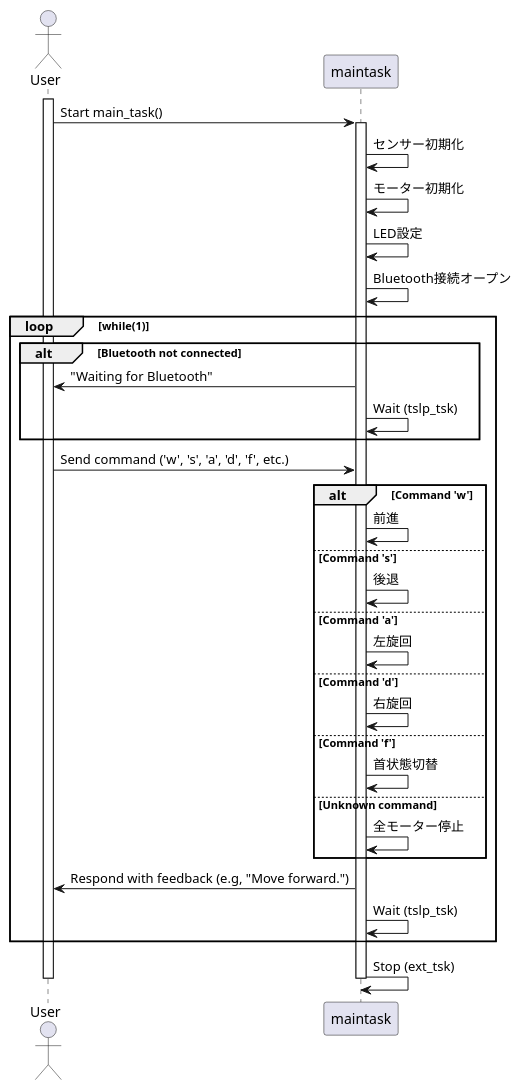
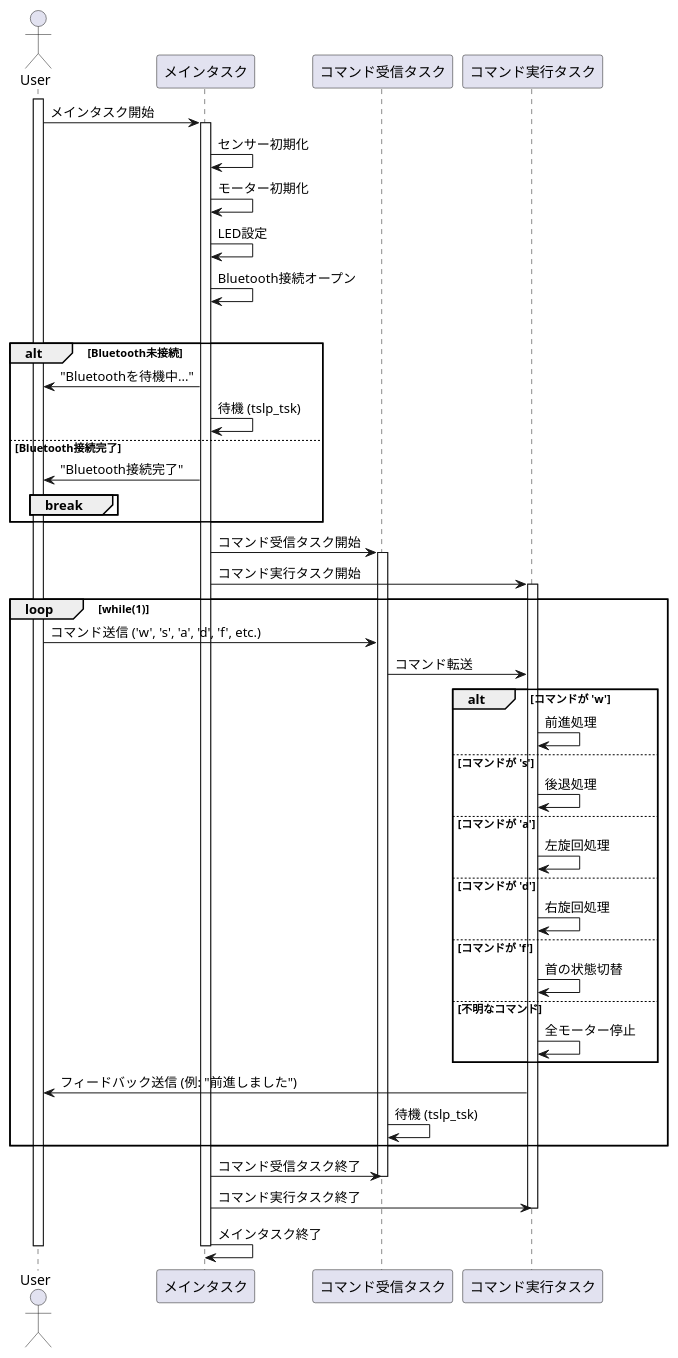
The diagram in newMisoan/sequence.pu (wiss10349/workspace), drawn with PlantUML before and after one commit. The commit also changed 50 other files, not shown here.

```diff
--- a/newMisoan/sequence.pu
+++ b/newMisoan/sequence.pu
@@ -1,45 +1,59 @@
 @startuml
 actor User as スティックマン
-participant maintask
+participant メインタスク as maintask
+participant コマンド受信タスク as commandReceiveTask
+participant コマンド実行タスク as commandExecuteTask
 
 activate スティックマン
-スティックマン -> maintask: Start main_task()
+スティックマン -> maintask: メインタスク開始
 
 activate maintask
 maintask -> maintask: センサー初期化
 maintask -> maintask: モーター初期化
 maintask -> maintask: LED設定
 maintask -> maintask: Bluetooth接続オープン
 
-
-
-loop while(1)
-    alt Bluetooth not connected
-    maintask -> スティックマン: "Waiting for Bluetooth"
-    maintask -> maintask: Wait (tslp_tsk)
+loop Bluetooth接続待機
+    alt Bluetooth未接続
+        maintask -> スティックマン: "Bluetoothを待機中..."
+        maintask -> maintask: 待機 (tslp_tsk)
+    else Bluetooth接続完了
+        maintask -> スティックマン: "Bluetooth接続完了"
+        break
+        end
     end
 
-    スティックマン -> maintask: Send command ('w', 's', 'a', 'd', 'f', etc.)
-    
-    alt Command 'w'
-        maintask -> maintask: 前進
-    else Command 's'
-        maintask -> maintask: 後退
-    else Command 'a'
-        maintask -> maintask: 左旋回
-    else Command 'd'
-        maintask -> maintask: 右旋回
-    else Command 'f'
-        maintask -> maintask: 首状態切替
-    else Unknown command
-        maintask -> maintask: 全モーター停止
+    maintask -> commandReceiveTask: コマンド受信タスク開始
+    activate commandReceiveTask
+    maintask -> commandExecuteTask: コマンド実行タスク開始
+    activate commandExecuteTask
+
+    loop while(1)
+        スティックマン -> commandReceiveTask: コマンド送信 ('w', 's', 'a', 'd', 'f', etc.)
+        commandReceiveTask -> commandExecuteTask: コマンド転送
+        alt コマンドが 'w'
+            commandExecuteTask -> commandExecuteTask: 前進処理
+        else コマンドが 's'
+            commandExecuteTask -> commandExecuteTask: 後退処理
+        else コマンドが 'a'
+            commandExecuteTask -> commandExecuteTask: 左旋回処理
+        else コマンドが 'd'
+            commandExecuteTask -> commandExecuteTask: 右旋回処理
+        else コマンドが 'f'
+            commandExecuteTask -> commandExecuteTask: 首の状態切替
+        else 不明なコマンド
+            commandExecuteTask -> commandExecuteTask: 全モーター停止
+        end
+        commandExecuteTask -> スティックマン: フィードバック送信 (例: "前進しました")
+        commandReceiveTask -> commandReceiveTask: 待機 (tslp_tsk)
     end
 
-    maintask -> スティックマン: Respond with feedback (e.g, "Move forward.")
-    maintask -> maintask: Wait (tslp_tsk)
-end
+    maintask -> commandReceiveTask: コマンド受信タスク終了
+    deactivate commandReceiveTask
+    maintask -> commandExecuteTask: コマンド実行タスク終了
+    deactivate commandExecuteTask
 
-maintask -> maintask: Stop (ext_tsk)
-deactivate maintask
-deactivate スティックマン
-@enduml
+    maintask -> maintask: メインタスク終了
+    deactivate maintask
+    deactivate スティックマン
+    @enduml
```
